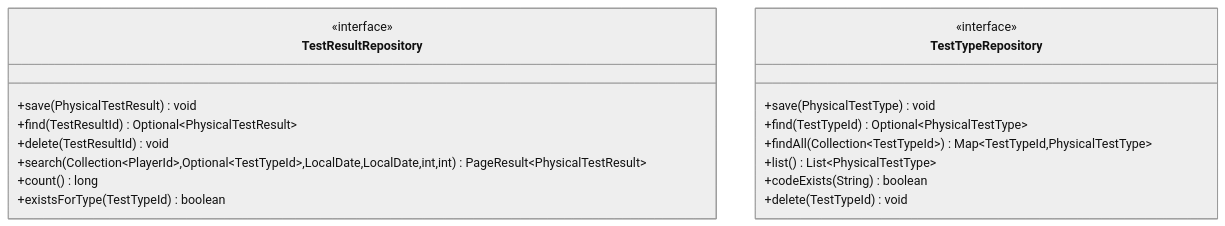
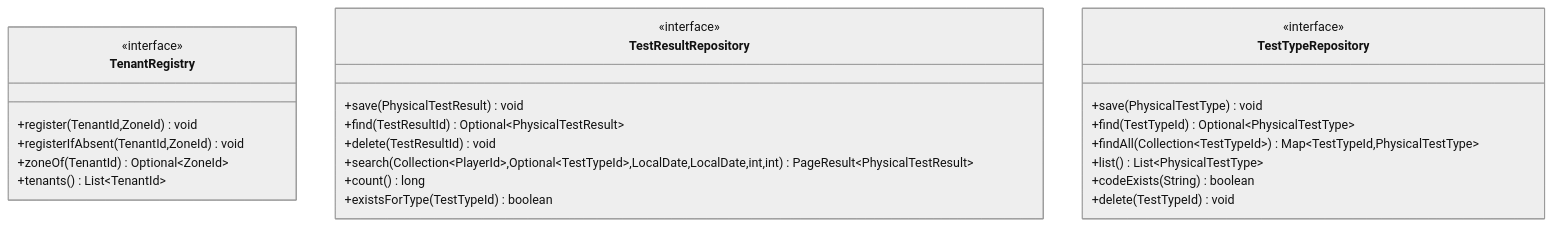
One commit to davidbejar/hoops-academy changed diagram 12 of 13 in docs/domain/athlete-model.md. Above: the diagram before and after it, drawn with Mermaid (neutral theme). The commit also changed other lines of this file and 1 other file, not shown here.

Commit message:
docs(domain): model diagrams regenerated on the combined tree (WP91, WP92)

````diff
--- a/docs/domain/athlete-model.md
+++ b/docs/domain/athlete-model.md
@@ -879,21 +928,28 @@
 ```mermaid
 classDiagram
+    class TenantRegistry {
+        <<interface>>
+        +register(TenantId,ZoneId) void
+        +registerIfAbsent(TenantId,ZoneId) void
+        +zoneOf(TenantId) Optional~ZoneId~
+        +tenants() List~TenantId~
+    }
     class TestResultRepository {
         <<interface>>
         +save(PhysicalTestResult) void
         +find(TestResultId) Optional~PhysicalTestResult~
         +delete(TestResultId) void
         +search(Collection~PlayerId~,Optional~TestTypeId~,LocalDate,LocalDate,int,int) PageResult~PhysicalTestResult~
         +count() long
         +existsForType(TestTypeId) boolean
     }
     class TestTypeRepository {
         <<interface>>
         +save(PhysicalTestType) void
         +find(TestTypeId) Optional~PhysicalTestType~
         +findAll(Collection~TestTypeId~) Map~TestTypeId,PhysicalTestType~
         +list() List~PhysicalTestType~
         +codeExists(String) boolean
         +delete(TestTypeId) void
     }
 ```
````
